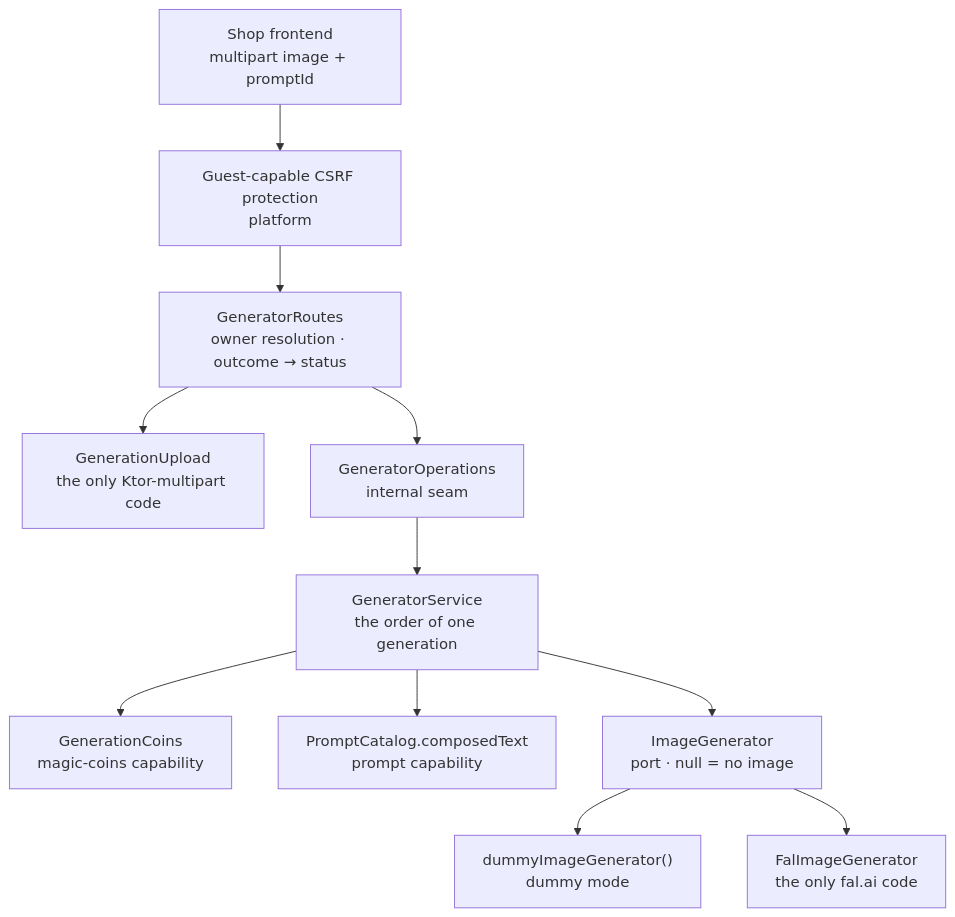
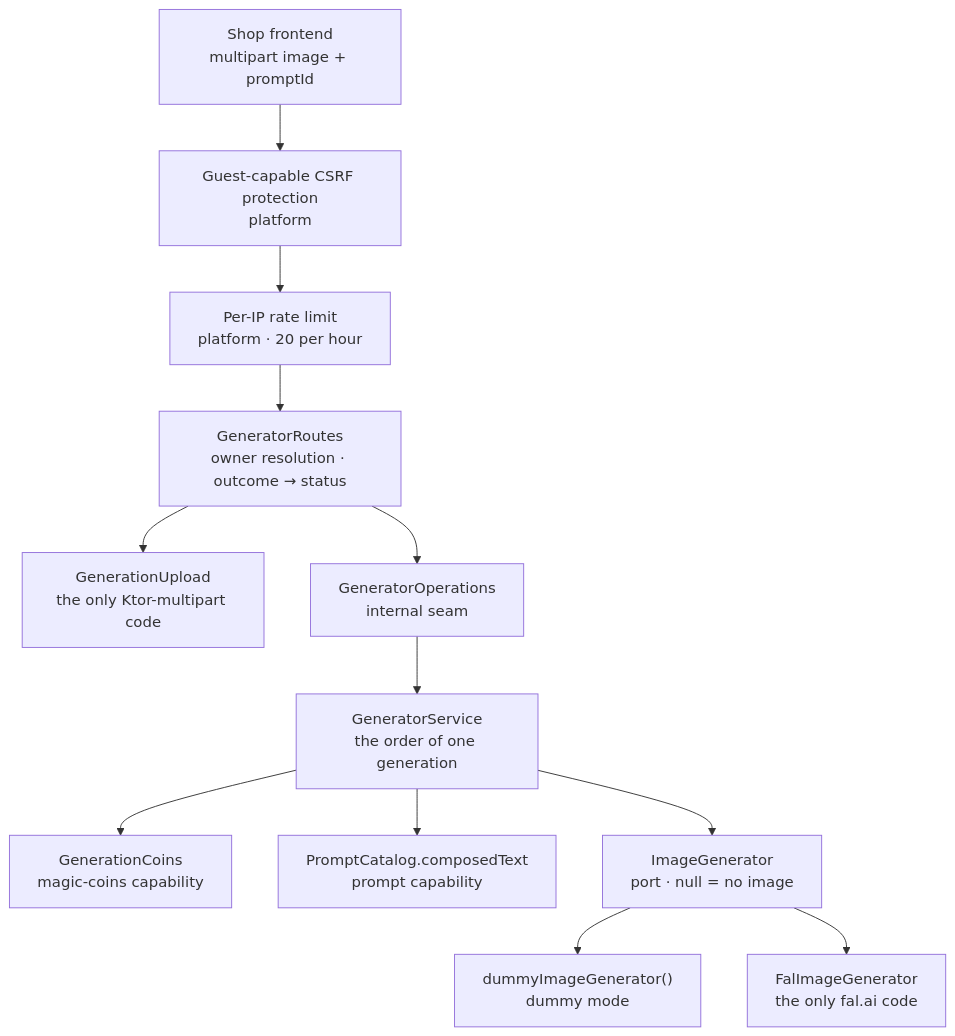
Before and after one commit to bitstorm-tech/voenix-shop-kotlin: the diagram in docs/dev/backend/generator-package.md, drawn with Mermaid. The commit also changed other lines of this file and 16 other files, not shown here.

First line of the commit message:
Hardening #78: per-IP rate limit on POST /api/generator/generate

````diff
--- a/docs/dev/backend/generator-package.md
+++ b/docs/dev/backend/generator-package.md
@@ -31,23 +34,24 @@
 ```mermaid
 flowchart TB
     Client["Shop frontend<br/>multipart image + promptId"]
     Csrf["Guest-capable CSRF protection<br/>platform"]
+    Limit["Per-IP rate limit<br/>platform · 20 per hour"]
     Routes["GeneratorRoutes<br/>owner resolution · outcome → status"]
     Upload["GenerationUpload<br/>the only Ktor-multipart code"]
     Operations["GeneratorOperations<br/>internal seam"]
     Service["GeneratorService<br/>the order of one generation"]
     Coins["GenerationCoins<br/>magic-coins capability"]
     Prompts["PromptCatalog.composedText<br/>prompt capability"]
     Port["ImageGenerator<br/>port · null = no image"]
     Dummy["dummyImageGenerator()<br/>dummy mode"]
     Fal["FalImageGenerator<br/>the only fal.ai code"]
 
-    Client --> Csrf --> Routes
+    Client --> Csrf --> Limit --> Routes
     Routes --> Upload
     Routes --> Operations --> Service
     Service --> Coins
     Service --> Prompts
     Service --> Port
     Port --> Dummy
     Port --> Fal
 ```
````
